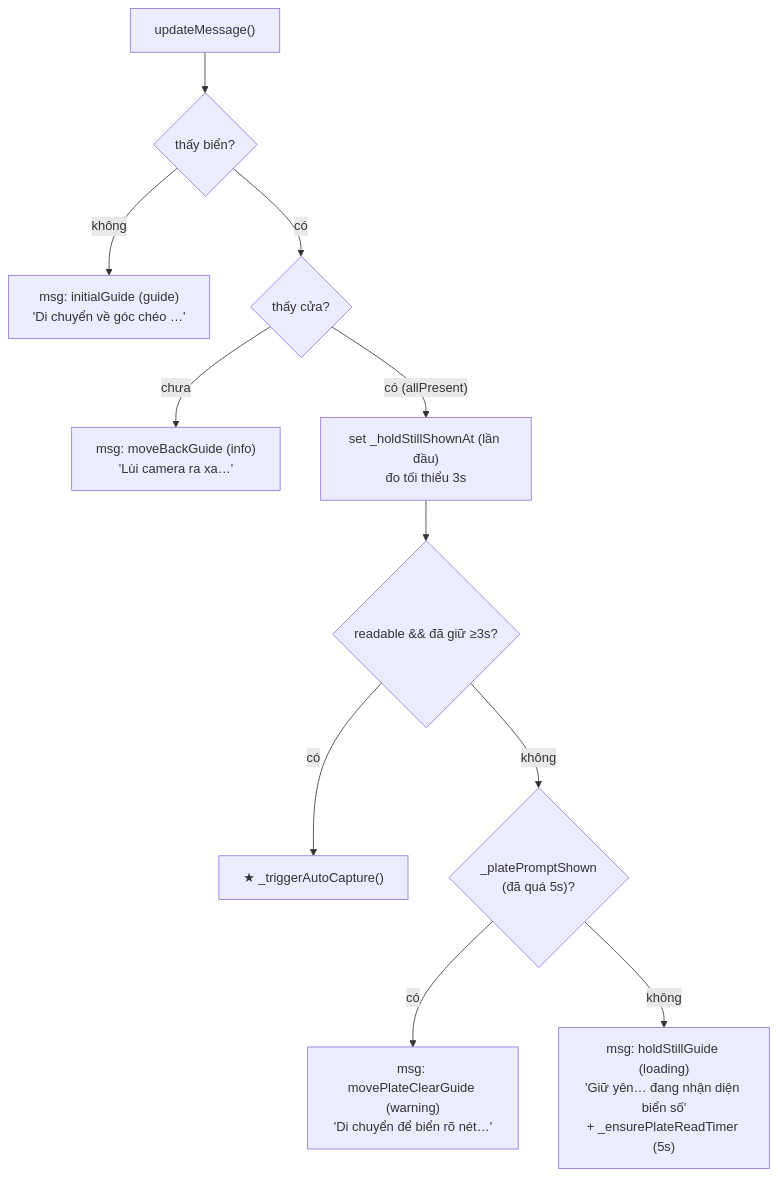
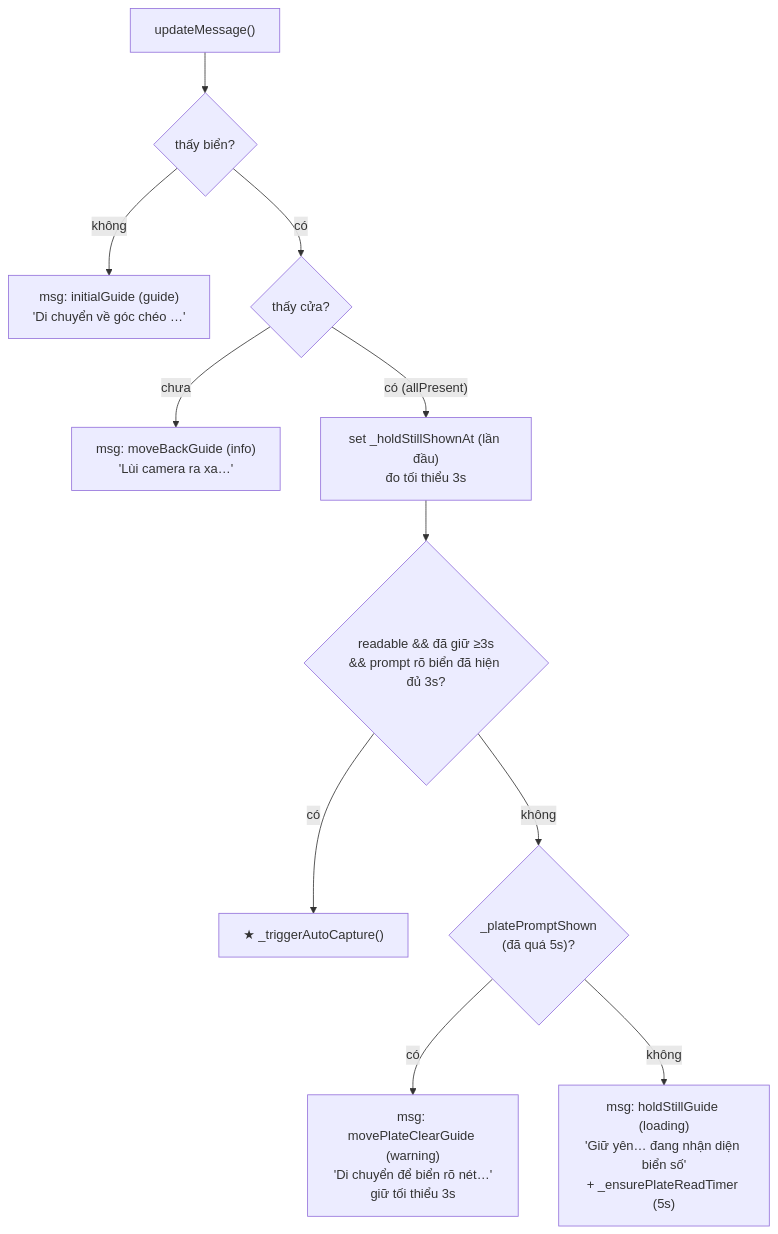
The fifth of 9 diagrams in CAMERA_CONTROLLER.md (Aicycle-Insurance/aicycle_on_device), drawn with Mermaid before and after one commit. The commit also changed other lines of this file and 7 other files, not shown here.

Commit message:
fix camera inspection capture flow

````diff
--- a/CAMERA_CONTROLLER.md
+++ b/CAMERA_CONTROLLER.md
@@ -125,14 +125,14 @@
 ```mermaid
 flowchart TD
     U["updateMessage()"] --> Q1{"thấy biển?"}
     Q1 -->|không| M1["msg: initialGuide (guide)<br/>'Di chuyển về góc chéo …'"]
     Q1 -->|có| Q2{"thấy cửa?"}
     Q2 -->|chưa| M2["msg: moveBackGuide (info)<br/>'Lùi camera ra xa…'"]
     Q2 -->|"có (allPresent)"| H["set _holdStillShownAt (lần đầu)<br/>đo tối thiểu 3s"]
 
-    H --> Q3{"readable && đã giữ ≥3s?"}
+    H --> Q3{"readable && đã giữ ≥3s<br/>&& prompt rõ biển đã hiện đủ 3s?"}
     Q3 -->|có| CAP["★ _triggerAutoCapture()"]
     Q3 -->|không| Q4{"_platePromptShown<br/>(đã quá 5s)?"}
-    Q4 -->|có| M3["msg: movePlateClearGuide (warning)<br/>'Di chuyển để biển rõ nét…'"]
+    Q4 -->|có| M3["msg: movePlateClearGuide (warning)<br/>'Di chuyển để biển rõ nét…'<br/>giữ tối thiểu 3s"]
     Q4 -->|không| M4["msg: holdStillGuide (loading)<br/>'Giữ yên… đang nhận diện biển số'<br/>+ _ensurePlateReadTimer (5s)"]
 ```
````
